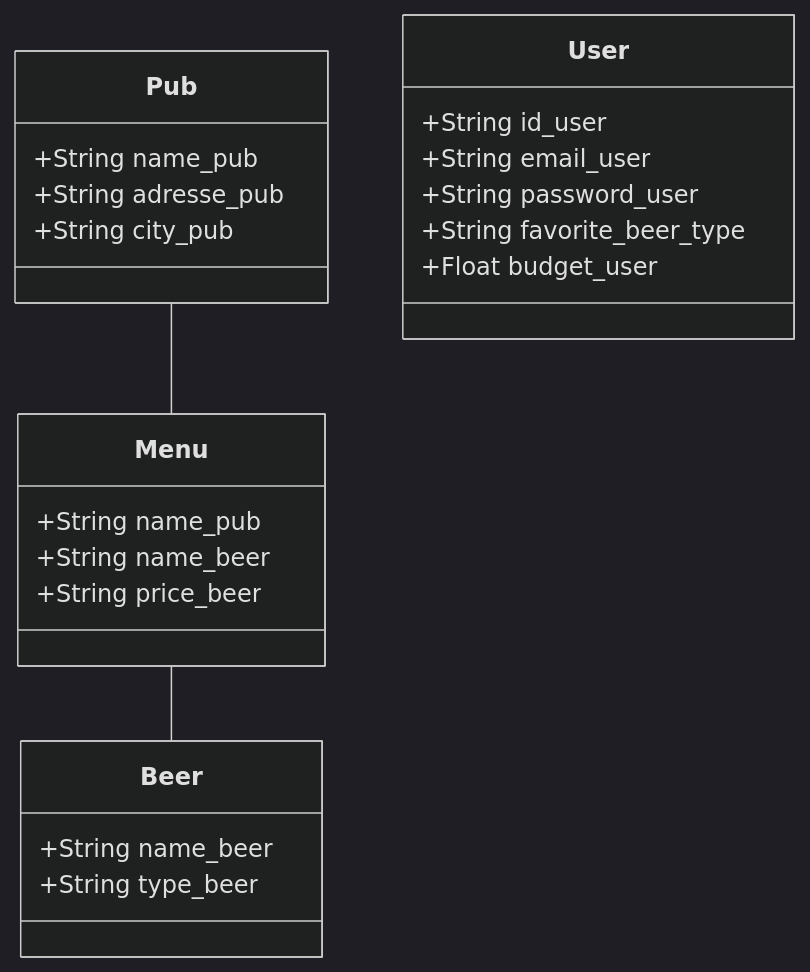
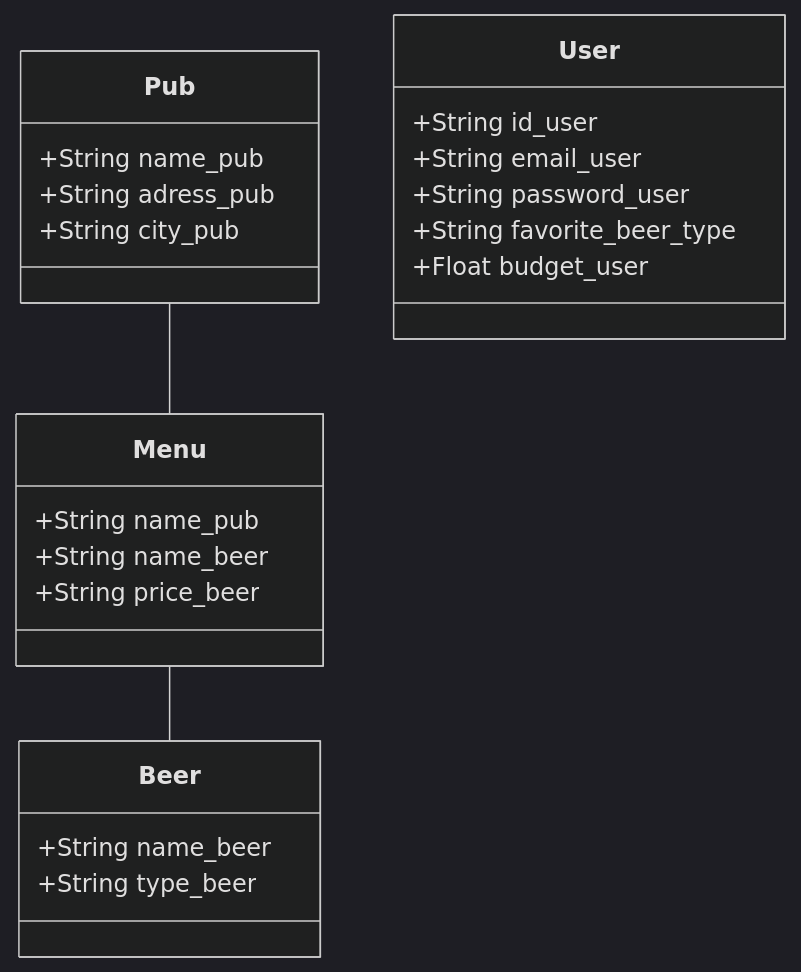
Before and after one commit to DonMako/beer: the second of 2 diagrams in README.md, drawn with Mermaid (dark theme). The commit also changed 2 other files, not shown here.

Commit message:
Màj des bases par rapport à la modernisation du projet

````diff
--- a/README.md
+++ b/README.md
@@ -66,26 +66,26 @@
 ```mermaid
 classDiagram
     Pub -- Menu
     Menu -- Beer
     class User{
       +String id_user
       +String email_user
       +String password_user
       +String favorite_beer_type
       +Float budget_user
     }
     class Beer{
       +String name_beer
       +String type_beer
     }
     class Menu{
       +String name_pub
       +String name_beer
       +String price_beer
     }
     class Pub{
       +String name_pub
-      +String adresse_pub
+      +String adress_pub
       +String city_pub
     }
 ```
````
